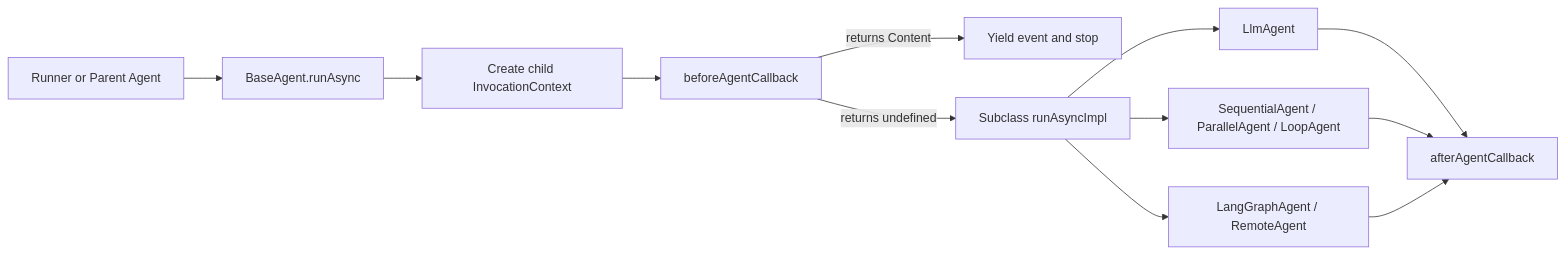
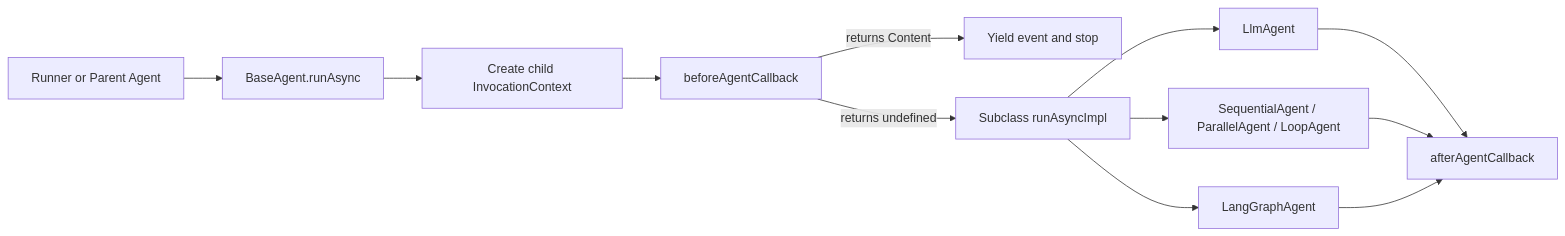
The diagram in docs/guides/agents/index.md (google/adk-js), drawn with Mermaid before and after one commit. The commit also changed other lines of this file and 6 other files, not shown here.

````diff
--- a/docs/guides/agents/index.md
+++ b/docs/guides/agents/index.md
@@ -97,14 +96,14 @@
 ```mermaid
 flowchart LR
   Caller["Runner or Parent Agent"] --> RunAsync["BaseAgent.runAsync"]
   RunAsync --> ChildCtx["Create child InvocationContext"]
   ChildCtx --> BeforeCb["beforeAgentCallback"]
   BeforeCb -->|returns Content| ShortCircuit["Yield event and stop"]
   BeforeCb -->|returns undefined| Impl["Subclass runAsyncImpl"]
   Impl --> Llm["LlmAgent"]
   Impl --> Workflow["SequentialAgent / ParallelAgent / LoopAgent"]
-  Impl --> External["LangGraphAgent / RemoteAgent"]
+  Impl --> External["LangGraphAgent"]
   Llm --> AfterCb["afterAgentCallback"]
   Workflow --> AfterCb
   External --> AfterCb
 ```
````
